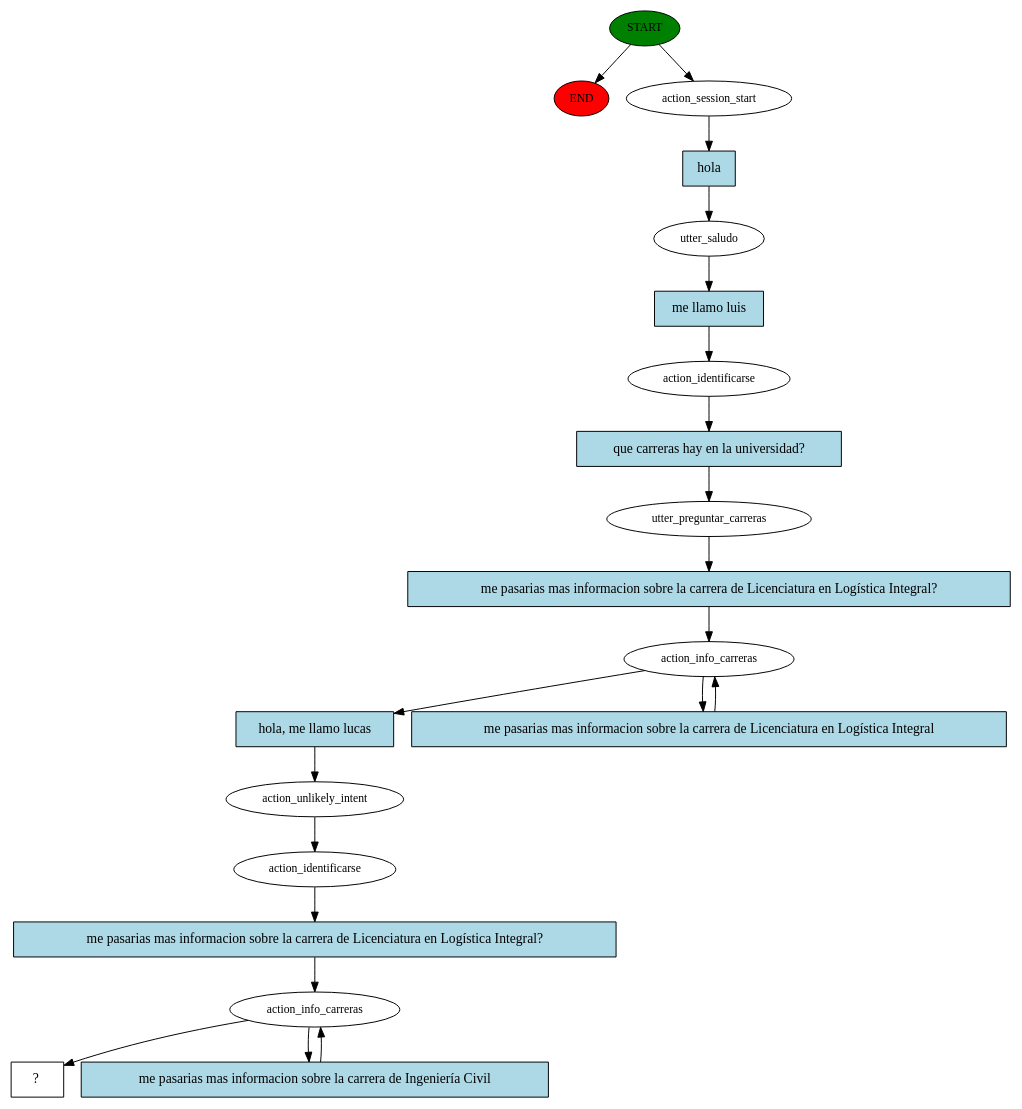
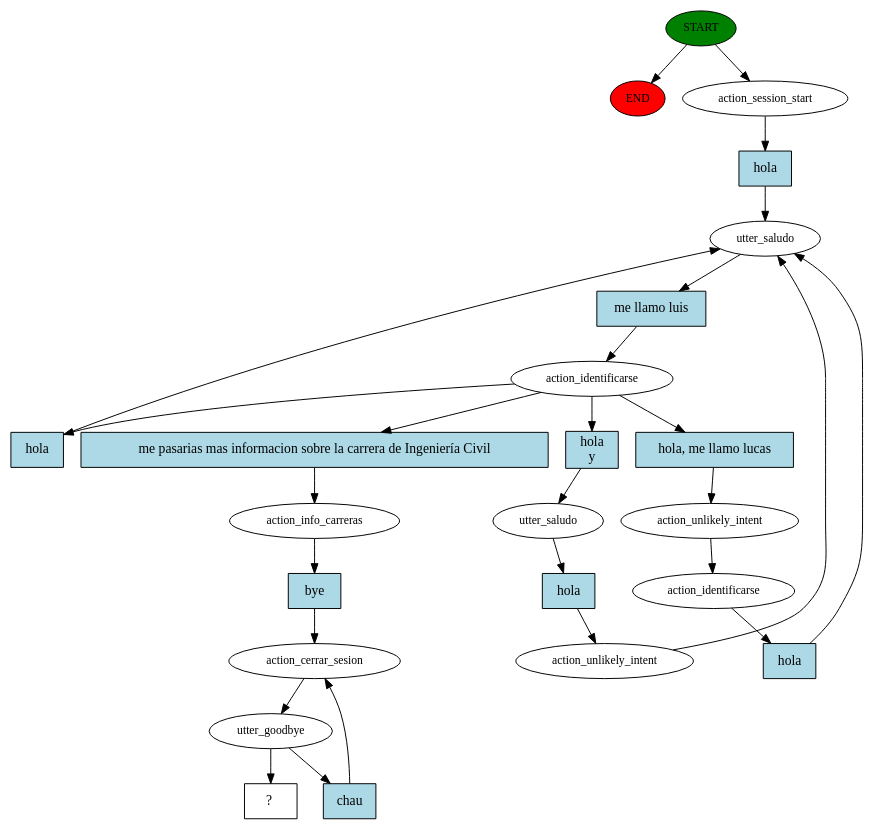
One commit to luksp6/Secretaria-bienestar changed the diagram in story_graph.dot. Above: the diagram before and after it, drawn with Graphviz. The commit also changed 10 other files, not shown here.

```diff
--- a/story_graph.dot
+++ b/story_graph.dot
@@ -1,41 +1,51 @@
 digraph  {
 0 [class="start active", fillcolor=green, fontsize=12, label=START, style=filled];
 "-1" [class=end, fillcolor=red, fontsize=12, label=END, style=filled];
 1 [class=active, fontsize=12, label=action_session_start];
 2 [class=active, fontsize=12, label=utter_saludo];
 3 [class=active, fontsize=12, label=action_identificarse];
-4 [class=active, fontsize=12, label=utter_preguntar_carreras];
-5 [class=active, fontsize=12, label=action_info_carreras];
-7 [class=active, fontsize=12, label=action_unlikely_intent];
-8 [class=active, fontsize=12, label=action_identificarse];
-9 [class=active, fontsize=12, label=action_info_carreras];
-11 [class="intent dashed active", label="  ?  ", shape=rect];
-12 [class="intent active", fillcolor=lightblue, label=hola, shape=rect, style=filled];
-13 [class="intent active", fillcolor=lightblue, label="me llamo luis", shape=rect, style=filled];
-14 [class="intent active", fillcolor=lightblue, label="que carreras hay en la universidad?", shape=rect, style=filled];
-15 [class="intent active", fillcolor=lightblue, label="me pasarias mas informacion sobre la carrera de Licenciatura en Logística Integral?", shape=rect, style=filled];
-16 [class="intent active", fillcolor=lightblue, label="hola, me llamo lucas", shape=rect, style=filled];
-17 [class="intent active", fillcolor=lightblue, label="me pasarias mas informacion sobre la carrera de Licenciatura en Logística Integral", shape=rect, style=filled];
-18 [class="intent active", fillcolor=lightblue, label="me pasarias mas informacion sobre la carrera de Licenciatura en Logística Integral?", shape=rect, style=filled];
-19 [class="intent active", fillcolor=lightblue, label="me pasarias mas informacion sobre la carrera de Ingeniería Civil", shape=rect, style=filled];
+6 [class=active, fontsize=12, label=action_unlikely_intent];
+7 [class=active, fontsize=12, label=action_identificarse];
+16 [class=active, fontsize=12, label=utter_saludo];
+17 [class=active, fontsize=12, label=action_unlikely_intent];
+20 [class=active, fontsize=12, label=action_info_carreras];
+21 [class=active, fontsize=12, label=action_cerrar_sesion];
+22 [class=active, fontsize=12, label=utter_goodbye];
+31 [class="intent dashed active", label="  ?  ", shape=rect];
+32 [class="intent active", fillcolor=lightblue, label=hola, shape=rect, style=filled];
+33 [class="intent active", fillcolor=lightblue, label="me llamo luis", shape=rect, style=filled];
+34 [class="intent active", fillcolor=lightblue, label=hola, shape=rect, style=filled];
+35 [class="intent active", fillcolor=lightblue, label="hola, me llamo lucas", shape=rect, style=filled];
+36 [class="intent active", fillcolor=lightblue, label="hola\ny", shape=rect, style=filled];
+37 [class="intent active", fillcolor=lightblue, label="me pasarias mas informacion sobre la carrera de Ingeniería Civil", shape=rect, style=filled];
+38 [class="intent active", fillcolor=lightblue, label=hola, shape=rect, style=filled];
+39 [class="intent active", fillcolor=lightblue, label=hola, shape=rect, style=filled];
+40 [class="intent active", fillcolor=lightblue, label=bye, shape=rect, style=filled];
+41 [class="intent active", fillcolor=lightblue, label=chau, shape=rect, style=filled];
 0 -> "-1"  [class="", key=NONE, label=""];
 0 -> 1  [class=active, key=NONE, label=""];
-1 -> 12  [class=active, key=0];
-2 -> 13  [class=active, key=0];
-3 -> 14  [class=active, key=0];
-4 -> 15  [class=active, key=0];
-5 -> 16  [class=active, key=0];
-5 -> 17  [class=active, key=0];
-7 -> 8  [class=active, key=NONE, label=""];
-8 -> 18  [class=active, key=0];
-9 -> 11  [class=active, key=NONE, label=""];
-9 -> 19  [class=active, key=0];
-12 -> 2  [class=active, key=0];
-13 -> 3  [class=active, key=0];
-14 -> 4  [class=active, key=0];
-15 -> 5  [class=active, key=0];
-16 -> 7  [class=active, key=0];
-17 -> 5  [class=active, key=0];
-18 -> 9  [class=active, key=0];
-19 -> 9  [class=active, key=0];
+1 -> 32  [class=active, key=0];
+2 -> 33  [class=active, key=0];
+3 -> 34  [class=active, key=0];
+3 -> 35  [class=active, key=0];
+3 -> 36  [class=active, key=0];
+3 -> 37  [class=active, key=0];
+6 -> 7  [class=active, key=NONE, label=""];
+7 -> 38  [class=active, key=0];
+16 -> 39  [class=active, key=0];
+17 -> 2  [class=active, key=NONE, label=""];
+20 -> 40  [class=active, key=0];
+21 -> 22  [class=active, key=NONE, label=""];
+22 -> 31  [class=active, key=NONE, label=""];
+22 -> 41  [class=active, key=0];
+32 -> 2  [class=active, key=0];
+33 -> 3  [class=active, key=0];
+34 -> 2  [class=active, key=0];
+35 -> 6  [class=active, key=0];
+36 -> 16  [class=active, key=0];
+37 -> 20  [class=active, key=0];
+38 -> 2  [class=active, key=0];
+39 -> 17  [class=active, key=0];
+40 -> 21  [class=active, key=0];
+41 -> 21  [class=active, key=0];
 }
```
